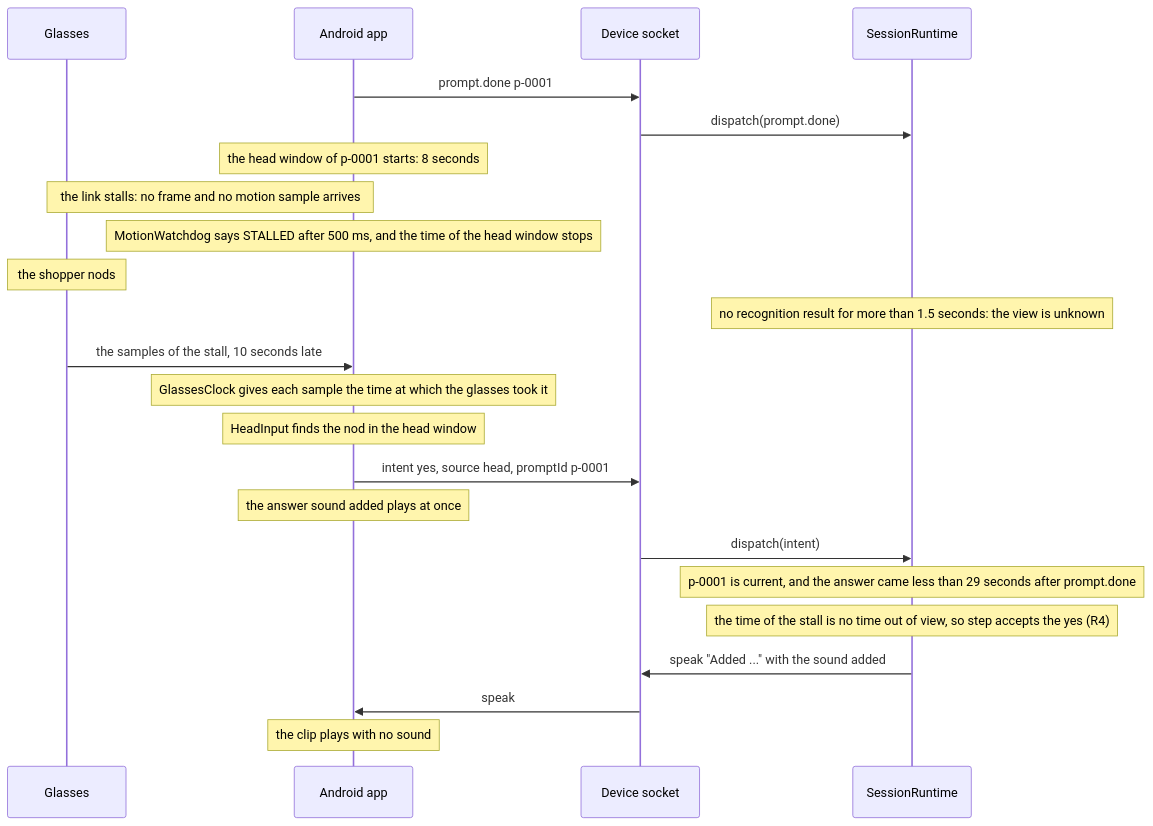
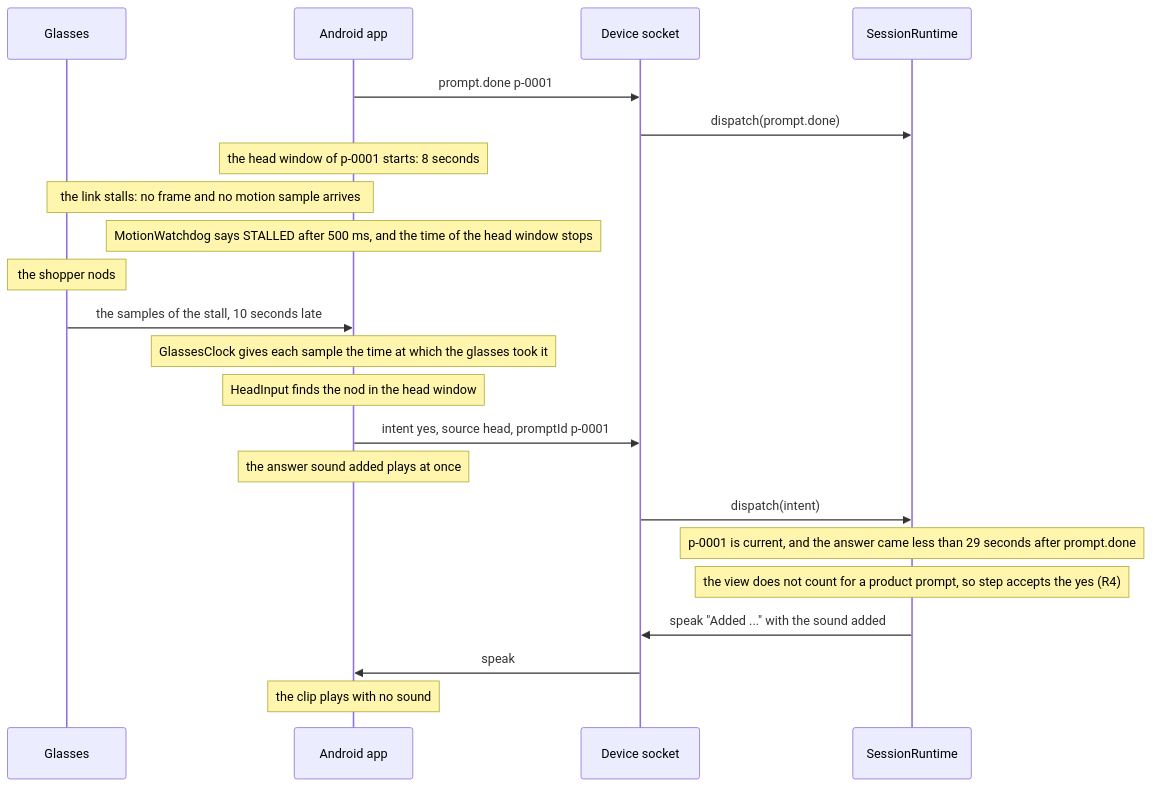
Before and after one commit to mrBymax/glance: the third of 13 diagrams in docs/architecture.md, drawn with Mermaid. The commit also changed other lines of this file, not shown here.

Commit message:
docs: describe the head answer by prompt ID and the nod during the line

````diff
--- a/docs/architecture.md
+++ b/docs/architecture.md
@@ -205,26 +210,25 @@
 ```mermaid
 sequenceDiagram
   participant Glasses
   participant App as Android app
   participant Socket as Device socket
   participant Runtime as SessionRuntime
 
   App->>Socket: prompt.done p-0001
   Socket->>Runtime: dispatch(prompt.done)
   Note over App: the head window of p-0001 starts: 8 seconds
   Note over Glasses,App: the link stalls: no frame and no motion sample arrives
   Note over App: MotionWatchdog says STALLED after 500 ms, and the time of the head window stops
   Note over Glasses: the shopper nods
-  Note over Runtime: no recognition result for more than 1.5 seconds: the view is unknown
   Glasses->>App: the samples of the stall, 10 seconds late
   Note over App: GlassesClock gives each sample the time at which the glasses took it
   Note over App: HeadInput finds the nod in the head window
   App->>Socket: intent yes, source head, promptId p-0001
   Note over App: the answer sound added plays at once
   Socket->>Runtime: dispatch(intent)
   Note over Runtime: p-0001 is current, and the answer came less than 29 seconds after prompt.done
-  Note over Runtime: the time of the stall is no time out of view, so step accepts the yes (R4)
+  Note over Runtime: the view does not count for a product prompt, so step accepts the yes (R4)
   Runtime->>Socket: speak "Added ..." with the sound added
   Socket->>App: speak
   Note over App: the clip plays with no sound
 ```
````
